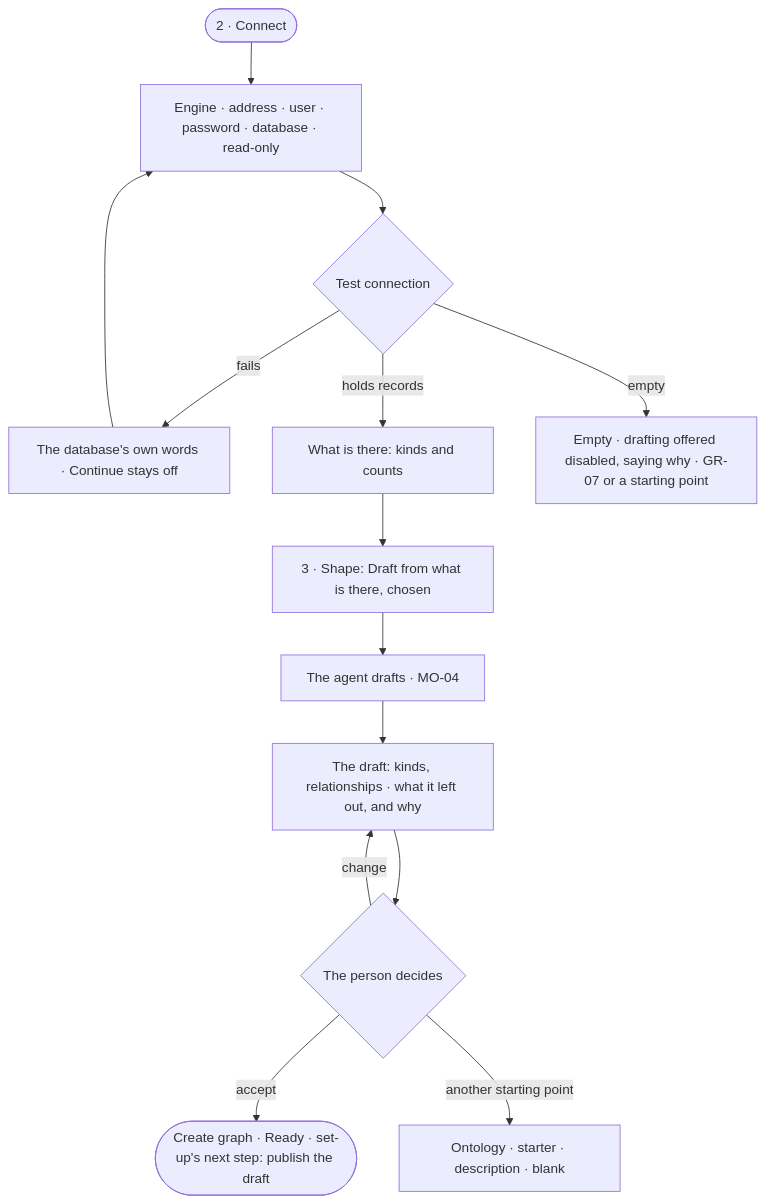
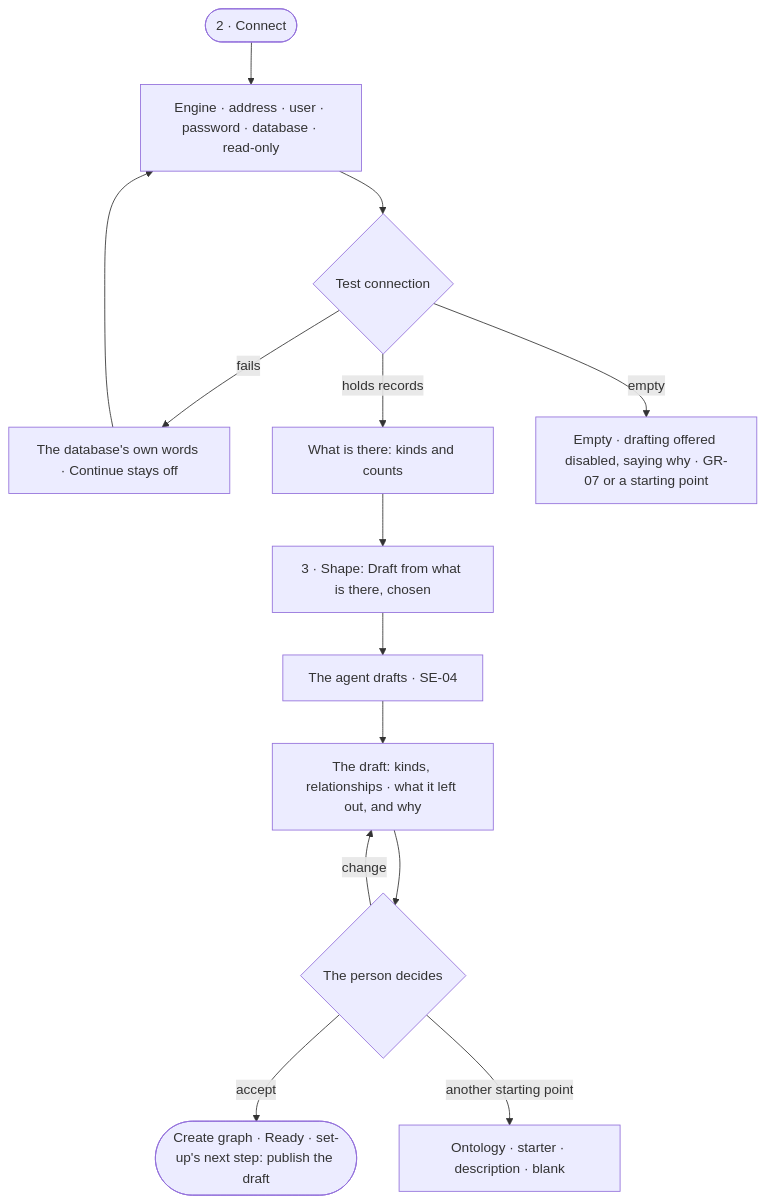
The diagram in specs/os/graph/features/GR-F02-create-a-graph/stories/GR-06-start-from-a-graph-database-that-already-holds-data/story.md (invana/invana), drawn with Mermaid before and after one commit. The commit also changed other lines of this file and 637 other files, not shown here.

````diff
--- a/specs/os/graph/features/GR-F02-create-a-graph/stories/GR-06-start-from-a-graph-database-that-already-holds-data/story.md
+++ b/specs/os/graph/features/GR-F02-create-a-graph/stories/GR-06-start-from-a-graph-database-that-already-holds-data/story.md
@@ -26,15 +26,15 @@
 ```mermaid
 flowchart TD
   c([2 · Connect]) --> f["Engine · address · user · password · database · read-only"]
   f --> t{"Test connection"}
   t -->|fails| tf["The database's own words · Continue stays off"] --> f
   t -->|holds records| w["What is there: kinds and counts"]
   t -->|empty| e["Empty · drafting offered disabled, saying why · GR-07 or a starting point"]
   w --> s["3 · Shape: Draft from what is there, chosen"]
-  s --> a["The agent drafts · MO-04"]
+  s --> a["The agent drafts · SE-04"]
   a --> p["The draft: kinds, relationships · what it left out, and why"]
   p --> d{"The person decides"}
   d -->|accept| cr(["Create graph · Ready · set-up's next step: publish the draft"])
   d -->|change| p
   d -->|another starting point| o["Ontology · starter · description · blank"]
 ```
````
